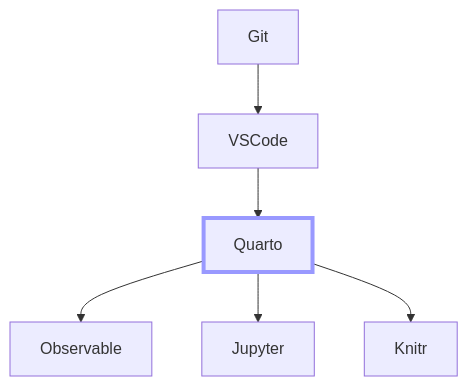
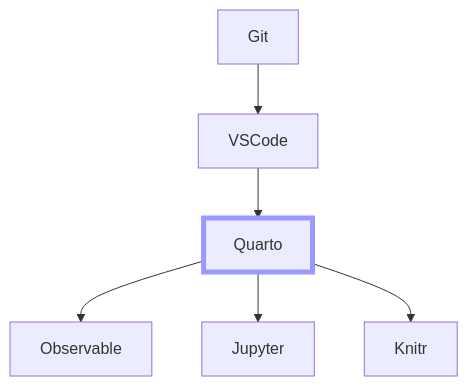
One commit to maptv/maptv.github.io changed the first of 4 diagrams in blog/quarto/quarto.qmd. Above: the diagram before and after it, drawn with Mermaid. The commit also changed 5 other files, not shown here.

````diff
--- a/blog/quarto/quarto.qmd
+++ b/blog/quarto/quarto.qmd
@@ -28,17 +28,17 @@
 ```{mermaid}
 %%| column: margin
 %%| label: fig-navchart
 %%| fig-cap: Tools series navigation chart
 flowchart TB
    A[Git]-->B[VSCode]-->C[Quarto]
    C-->D[Observable]
    C-->E[Jupyter]
    C-->F[Knitr]
    click A "../git"
    click B "../vscode"
    click C "../quarto"
    click D "../observable"
    click E "../jupyter"
    click F "../knitr"
-   style C stroke:#99f,stroke-width:4px
+   style C stroke:#99f,stroke-width:5px
 ```
````
